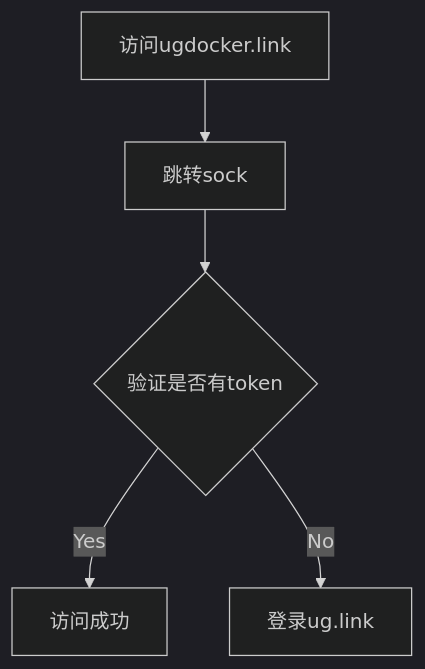
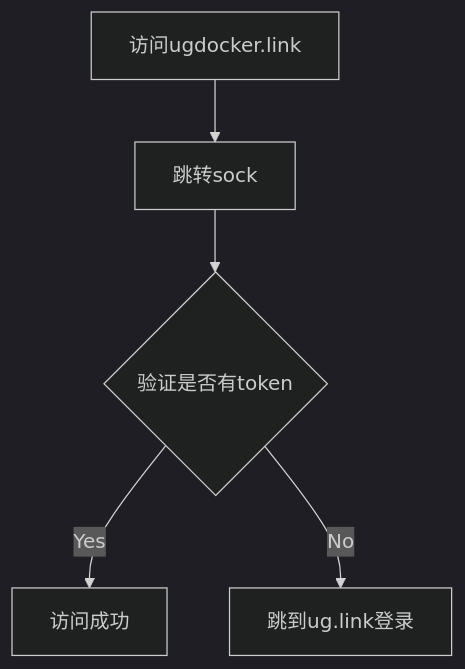
One commit to 9jianxian/ug.link-nosigin-access-docker.app changed the first of 2 diagrams in README.md. Above: the diagram before and after it, drawn with Mermaid (dark theme).

````diff
--- a/README.md
+++ b/README.md
@@ -15,7 +15,7 @@
 ```mermaid
 graph TD
     A[访问ugdocker.link] --> B[跳转sock]
     B --> C{验证是否有token}
     C -- Yes --> D[访问成功]
-    C -- No --> E[登录ug.link]
+    C -- No --> E[跳到ug.link登录]
 ```
````
